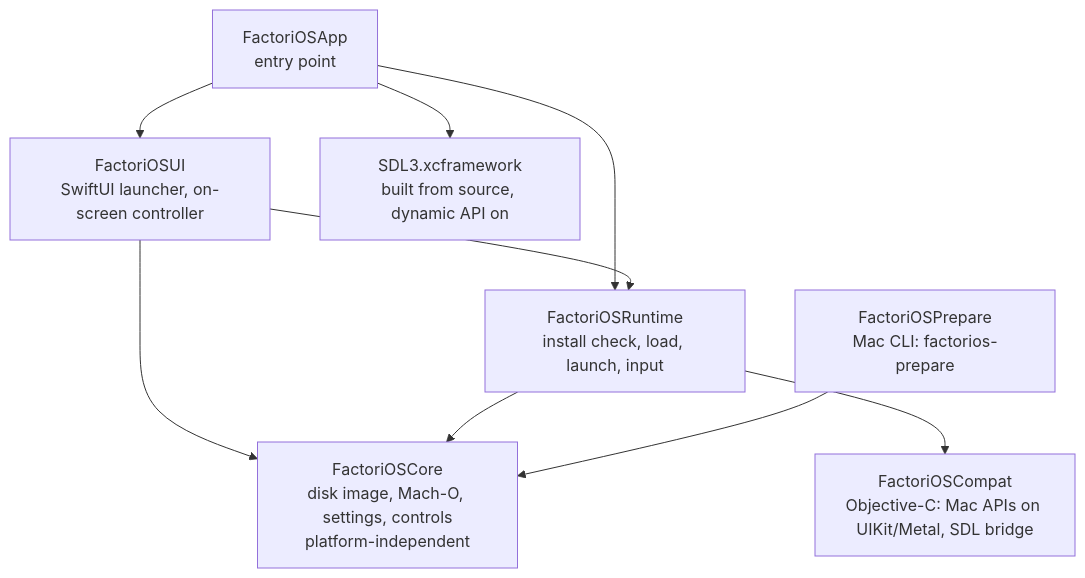
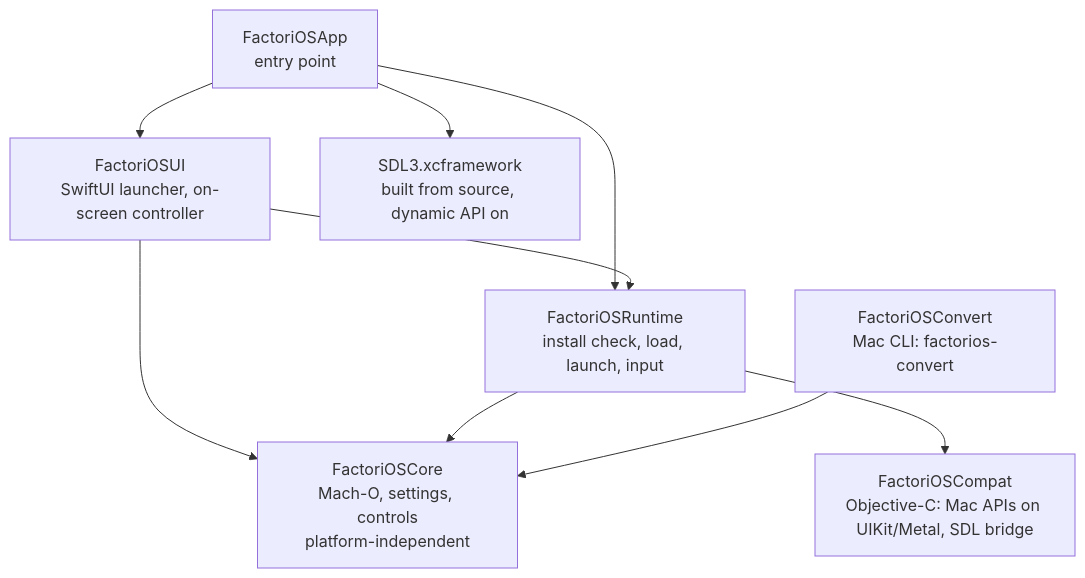
Before and after one commit to klesersurovyj-a11y/factorios: the first of 3 diagrams in docs/architecture.md, drawn with Mermaid. The commit also changed other lines of this file and 33 other files, not shown here.

````diff
--- a/docs/architecture.md
+++ b/docs/architecture.md
@@ -8,11 +8,11 @@
 ```mermaid
 flowchart TB
     App[FactoriOSApp<br/>entry point] --> UI[FactoriOSUI<br/>SwiftUI launcher, on-screen controller]
     App --> Runtime
     App --> SDL[SDL3.xcframework<br/>built from source, dynamic API on]
     UI --> Runtime[FactoriOSRuntime<br/>install check, load, launch, input]
     UI --> Core
-    Runtime --> Core[FactoriOSCore<br/>disk image, Mach-O, settings, controls<br/>platform-independent]
+    Runtime --> Core[FactoriOSCore<br/>Mach-O, settings, controls<br/>platform-independent]
     Runtime --> Compat[FactoriOSCompat<br/>Objective-C: Mac APIs on UIKit/Metal, SDL bridge]
-    Prepare[FactoriOSPrepare<br/>Mac CLI: factorios-prepare] --> Core
+    Convert[FactoriOSConvert<br/>Mac CLI: factorios-convert] --> Core
 ```
````
